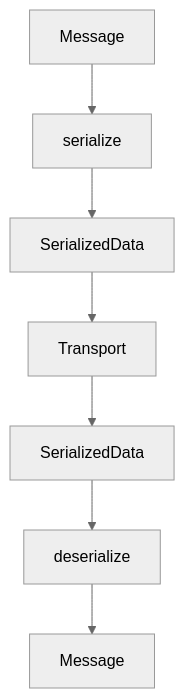
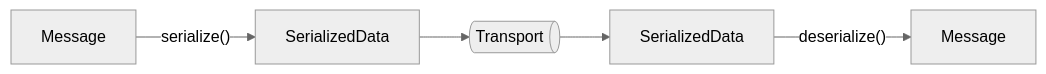
Before and after one commit to shinka-rpc/shinka-js: the first of 4 diagrams in docs/serializers/index.md, drawn with Mermaid (neutral theme). The commit also changed 56 other files, not shown here.

````diff
--- a/docs/serializers/index.md
+++ b/docs/serializers/index.md
@@ -11,9 +11,7 @@
 ```mermaid
-flowchart TD
-  A["Message"] --> B["serialize"]
-  B --> C["SerializedData"]
-  C --> D["Transport"]
-  D --> E["SerializedData"]
-  E --> F["deserialize"]
-  F --> G["Message"]
+flowchart LR
+  A["Message"] -- "serialize()" --> B["SerializedData"]
+  B --> C@{ shape: das, label: "Transport" }
+  C --> D["SerializedData"]
+  D -- "deserialize()" --> E["Message"]
 ```
````
